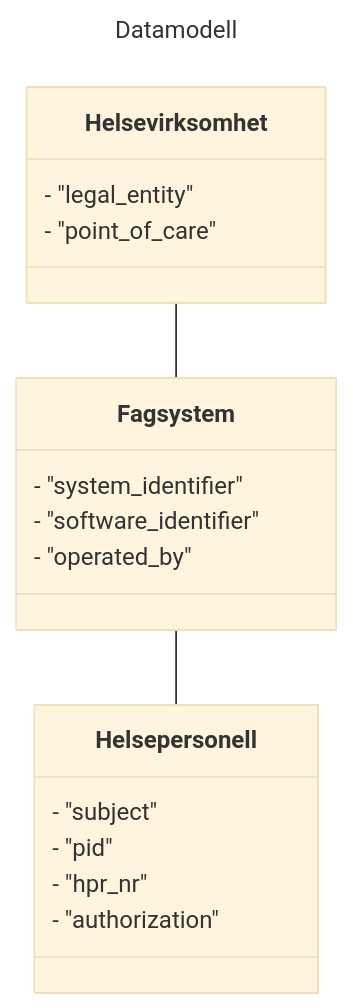
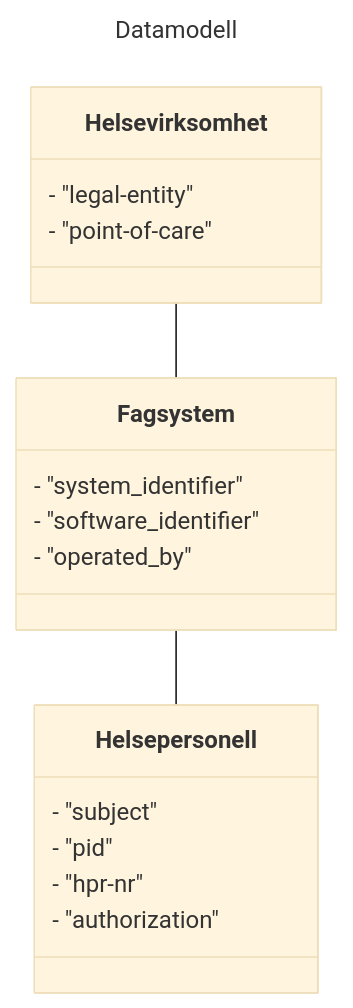
One commit to NorskHelsenett/Tillitsrammeverk changed the second of 2 diagrams in specs/flyttes/datamodell_tillitsmodell.md. Above: the diagram before and after it, drawn with Mermaid (base theme). The commit also changed other lines of this file and 13 other files, not shown here.

````diff
--- a/specs/flyttes/datamodell_tillitsmodell.md
+++ b/specs/flyttes/datamodell_tillitsmodell.md
@@ -148,28 +148,28 @@
 ```mermaid
 ---
 title: Datamodell
 ---
 classDiagram
 
 	Helsevirksomhet -- Fagsystem
 	Fagsystem -- Helsepersonell
 
 	class Helsevirksomhet{
-		- "legal_entity"
-		- "point_of_care"
+		- "legal-entity"
+		- "point-of-care"
 	}
 		
 	class Fagsystem{
 		- "system_identifier"
         - "software_identifier"
         - "operated_by"
 	}
 	
 	class Helsepersonell{
 		- "subject"
 		- "pid"
-		- "hpr_nr"
+		- "hpr-nr"
 		- "authorization"
 	}	
 		
 ```
````
